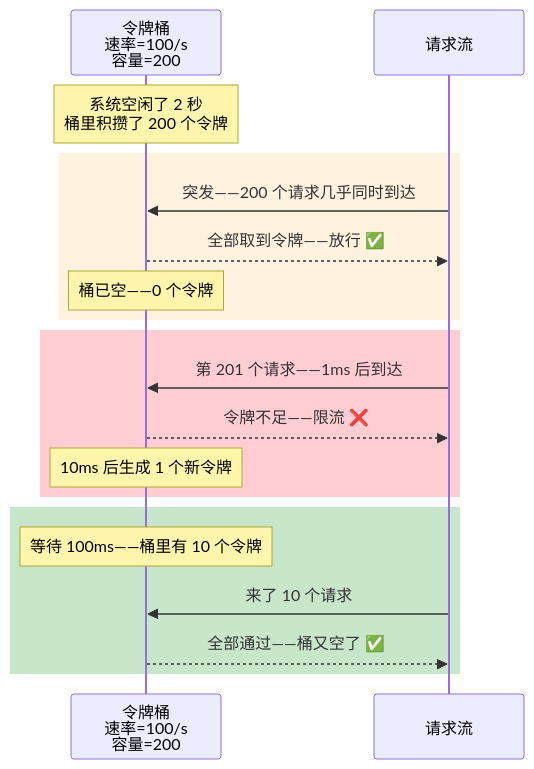
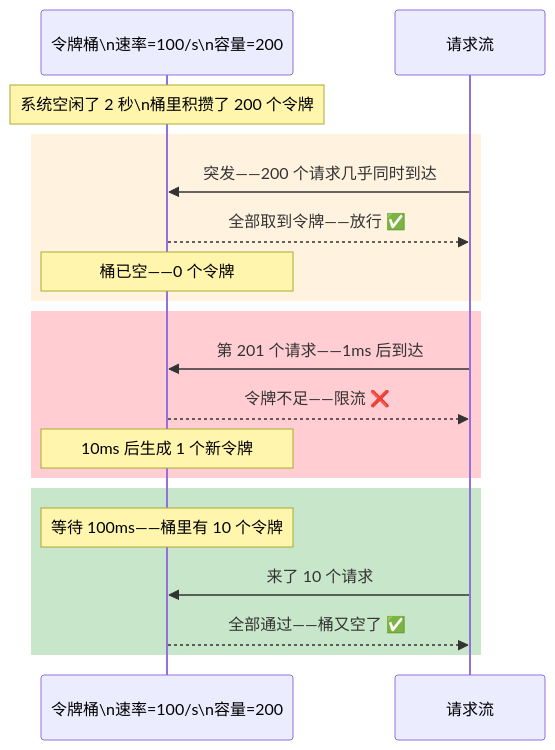
The third of 4 diagrams in content/posts/distributed-algorithms/FlowControlAlgorithms.md (yaocat55/yaocat55.github.io), drawn with Mermaid before and after one commit. The commit also changed other lines of this file and 155 other files, not shown here.

````diff
--- a/content/posts/distributed-algorithms/FlowControlAlgorithms.md
+++ b/content/posts/distributed-algorithms/FlowControlAlgorithms.md
@@ -165,25 +165,25 @@
 ```mermaid
 sequenceDiagram
-    participant T as 令牌桶<br/>速率=100/s<br/>容量=200
+    participant T as 令牌桶\n速率=100/s\n容量=200
     participant R as 请求流
 
-    Note over T: 系统空闲了 2 秒<br/>桶里积攒了 200 个令牌
+    Note over T: 系统空闲了 2 秒\n桶里积攒了 200 个令牌
 
     rect rgb(255, 243, 224)
         R->>T: 突发——200 个请求几乎同时到达
         T-->>R: 全部取到令牌——放行 ✅
         Note over T: 桶已空——0 个令牌
     end
 
     rect rgb(255, 205, 210)
         R->>T: 第 201 个请求——1ms 后到达
         T-->>R: 令牌不足——限流 ❌
         Note over T: 10ms 后生成 1 个新令牌
     end
 
     rect rgb(200, 230, 201)
         Note over T: 等待 100ms——桶里有 10 个令牌
         R->>T: 来了 10 个请求
         T-->>R: 全部通过——桶又空了 ✅
     end
 ```
````
